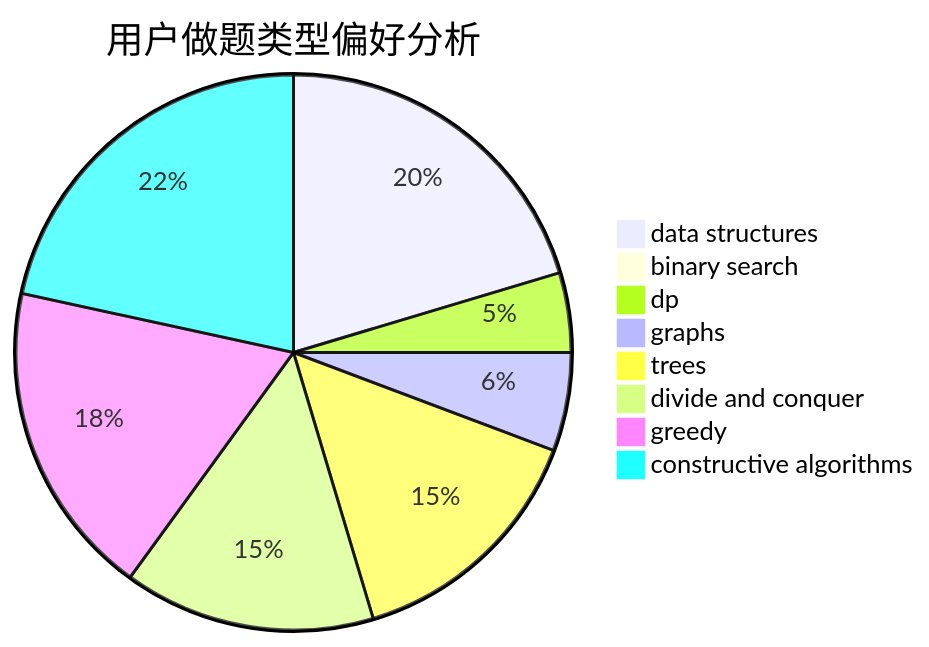
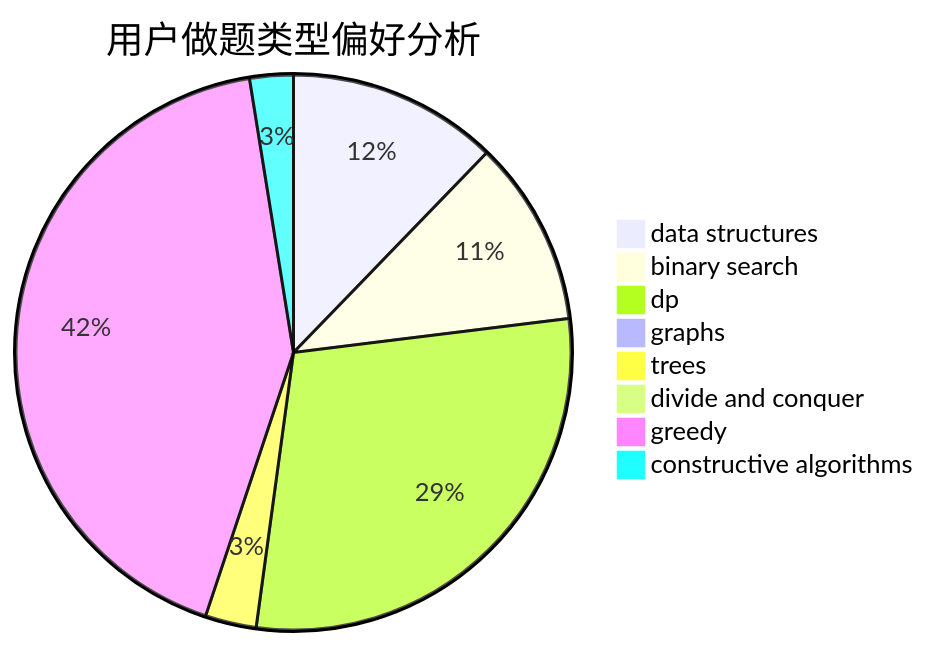
One commit to sherpahu/cfrs.github.io changed the second of 3 diagrams in docs/user/u856.md. Above: the diagram before and after it, drawn with Mermaid. The commit also changed other lines of this file and 2770 other files, not shown here.

````diff
--- a/docs/user/u856.md
+++ b/docs/user/u856.md
@@ -23,11 +23,11 @@
 ```mermaid
 pie title 用户做题类型偏好分析
-    "data structures" :  167
-    "binary search" :  0
-    "dp" :  38
-    "graphs" :  47
-    "trees" :  120
-    "divide and conquer" :  120
-    "greedy" :  151
-    "constructive algorithms" :  177
+    "data structures" :  111
+    "binary search" :  98
+    "dp" :  264
+    "graphs" :  7
+    "trees" :  27
+    "divide and conquer" :  3
+    "greedy" :  384
+    "constructive algorithms" :  23
 ```
````
